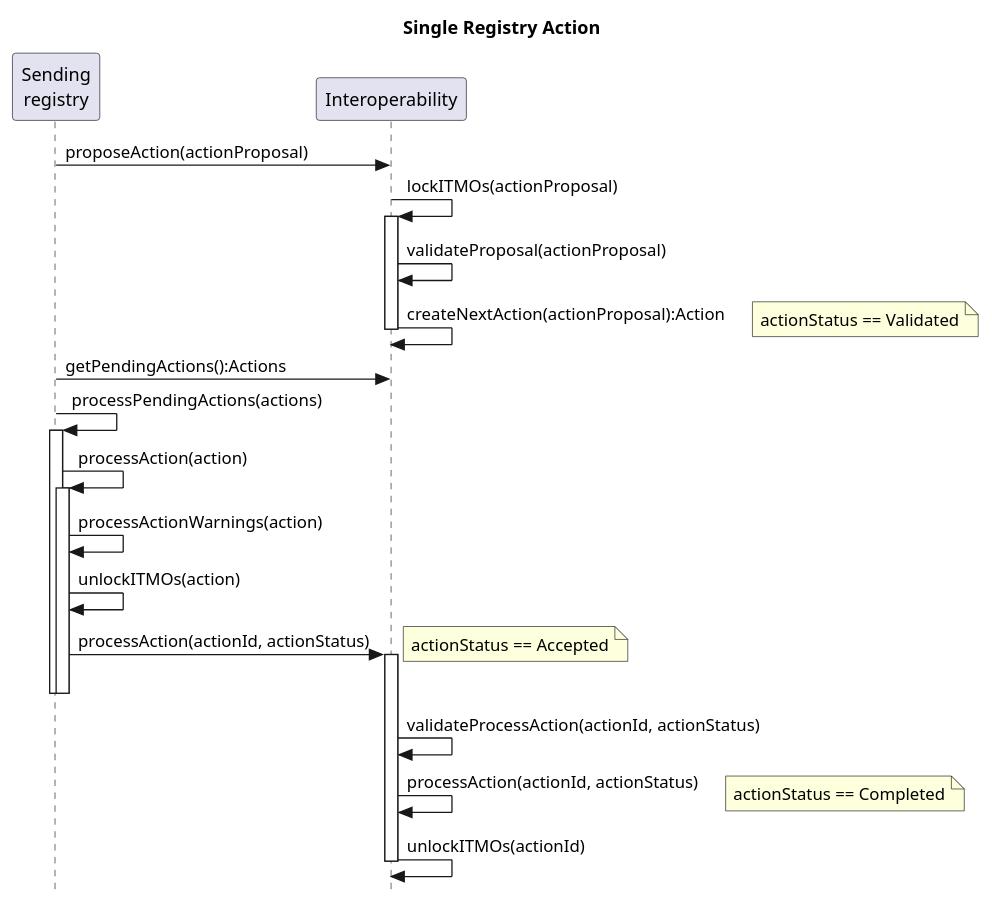
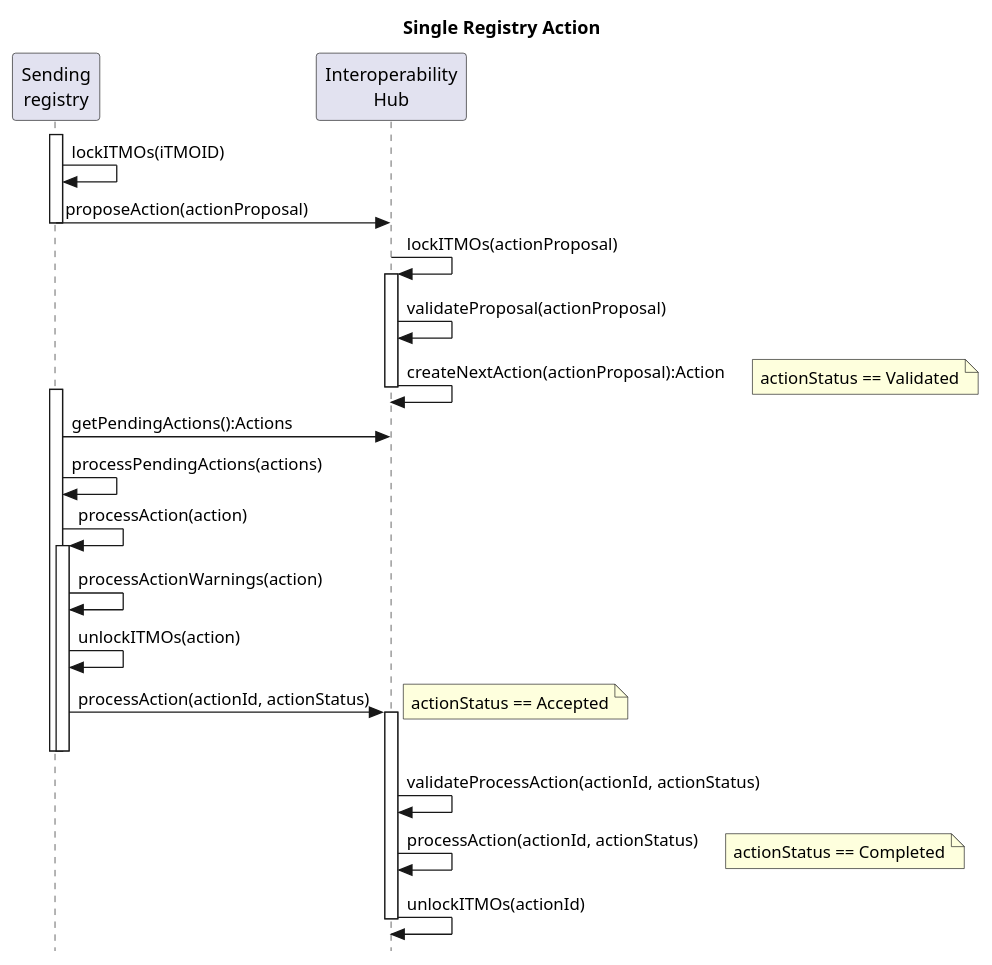
One commit to frankcnng/CARP changed the diagram in diagrams/Single Registry Action Sequence.puml. Above: the diagram before and after it, drawn with PlantUML.

Commit message:
Update Single Registry Action Sequence.puml
Updated as per discussions

```diff
--- a/diagrams/Single Registry Action Sequence.puml
+++ b/diagrams/Single Registry Action Sequence.puml
@@ -1,35 +1,38 @@
 @startuml Single Registry Action
 
 title Single Registry Action
 
 skinparam style strictuml
 
 participant "Sending\nregistry" as Sender
+participant "Interoperability\nHub" as Hub
 
-participant "Interoperability" as Hub
-
+activate Sender
+Sender -> Sender: lockITMOs(iTMOID)
 Sender -> Hub : proposeAction(actionProposal)
+deactivate Sender
 
 Hub -> Hub++: lockITMOs(actionProposal)
 Hub -> Hub: validateProposal(actionProposal)
 Hub -> Hub--: createNextAction(actionProposal):Action
 note right: actionStatus == Validated
 
+activate Sender
 Sender -> Hub : getPendingActions():Actions
 
-Sender -> Sender++: processPendingActions(actions)
+Sender -> Sender: processPendingActions(actions)
 
 Sender -> Sender: processAction(action)
 activate Sender
 Sender -> Sender: processActionWarnings(action)
 Sender -> Sender: unlockITMOs(action)
 Sender -> Hub++: processAction(actionId, actionStatus)
 note right: actionStatus == Accepted
 deactivate Sender
 deactivate Sender
 Hub -> Hub: validateProcessAction(actionId, actionStatus)
 Hub -> Hub: processAction(actionId, actionStatus)
 note right: actionStatus == Completed
 Hub -> Hub--: unlockITMOs(actionId)
 
 @enduml
```
